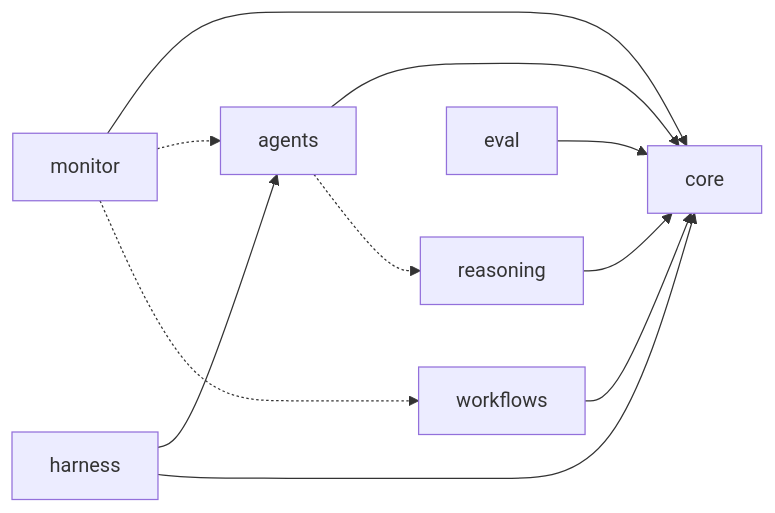
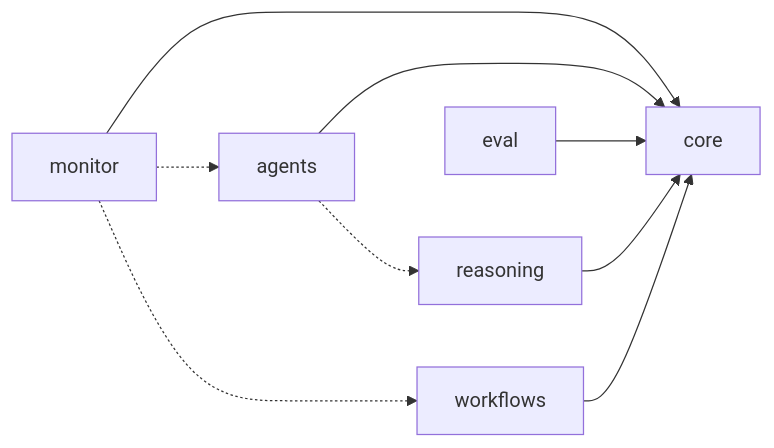
Before and after one commit to NikolasMarkou/fsm_llm: the second of 2 diagrams in src/AGENTS.md, drawn with Mermaid. The commit also changed other lines of this file and 9 other files, not shown here.

````diff
--- a/src/AGENTS.md
+++ b/src/AGENTS.md
@@ -33,13 +33,11 @@
 ```mermaid
 flowchart LR
     reasoning --> core
     workflows --> core
     agents --> core
     agents -.-> reasoning
     monitor --> core
     monitor -.-> agents
     monitor -.-> workflows
-    harness --> agents
-    harness --> core
     eval --> core
 ```
````
